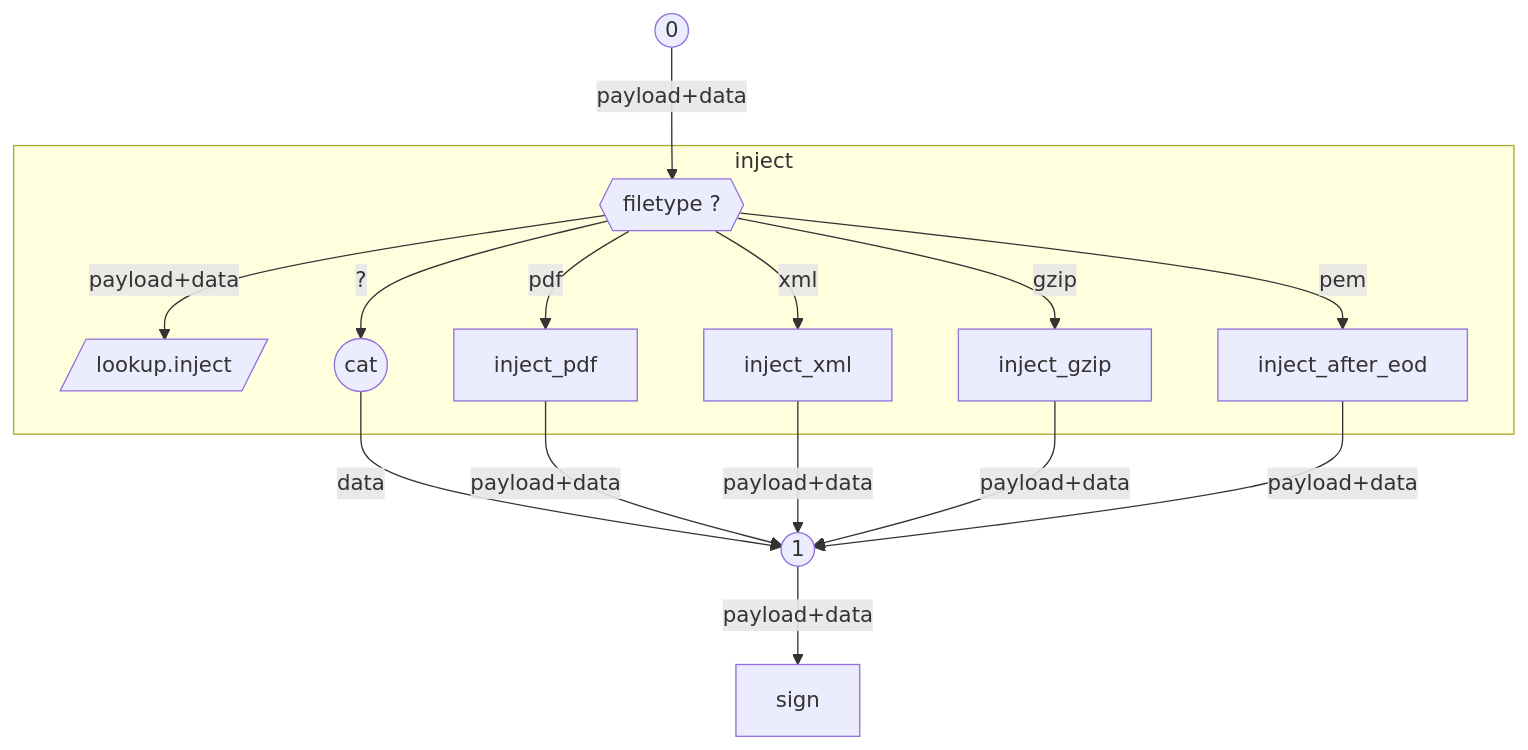
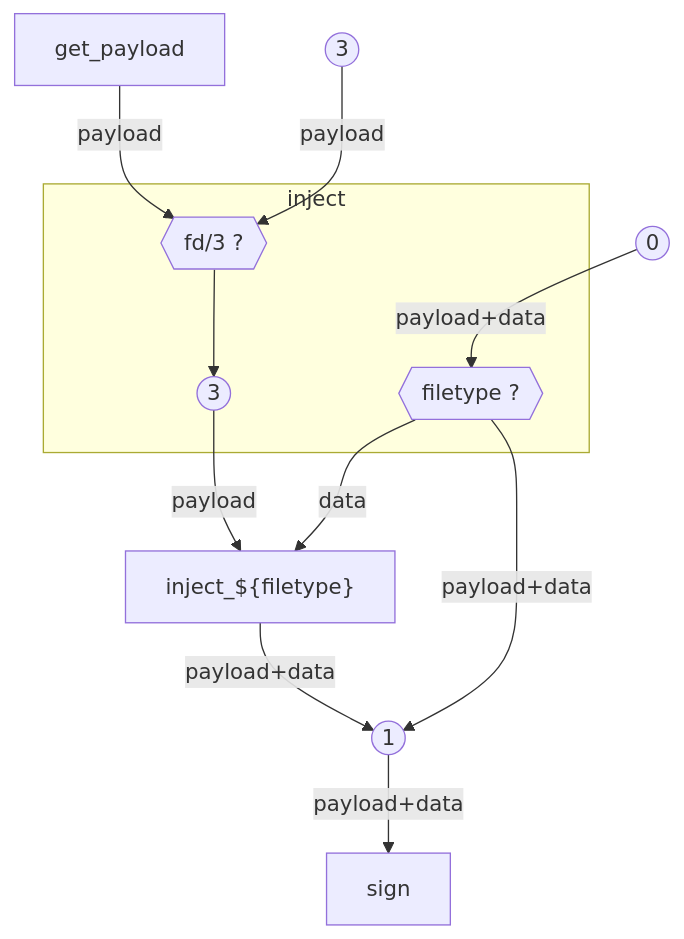
Before and after one commit to tibolpol/sealgood: the fifth of 16 diagrams in docs/fr/sealgood.md, drawn with Mermaid. The commit also changed other lines of this file and 20 other files, not shown here.

````diff
--- a/docs/fr/sealgood.md
+++ b/docs/fr/sealgood.md
@@ -389,18 +418,19 @@
 ```mermaid
 flowchart TB
 l0((0)) -->|payload+data| lookup{{filetype ?}}
+l3((3)) -->|payload| t1{{fd/3 ?}}
+get_payload -->|payload| t1
 subgraph inject
-  lookup -->|payload+data| lookup.inject[/lookup.inject/]
-  lookup -->|pdf| inject_pdf
-  lookup -->|xml| inject_xml
-  lookup -->|gzip| inject_gzip
-  lookup -->|pem| inject_after_eod
-  lookup -->|?| cat((cat))
+  t1 --> l3_((3))
+  lookup
 end
-cat -->|data| l1((1))
-inject_pdf -->|payload+data| l1((1))
-inject_xml -->|payload+data| l1((1))
-inject_gzip -->|payload+data| l1((1))
-inject_after_eod -->|payload+data| l1((1))
+lookup -->|payload+data| l1
+l3_ -->|payload| inject_type
+lookup -->|data| inject_type["inject_${filetype}"]
+inject_type -->|payload+data| l1((1))
 l1 -->|payload+data| sign
+click lookup "#lookup"
+click sign "#sign"
+click get_payload "#get_payload"
+click inject_type "#inject_gzip"
 ```
````
